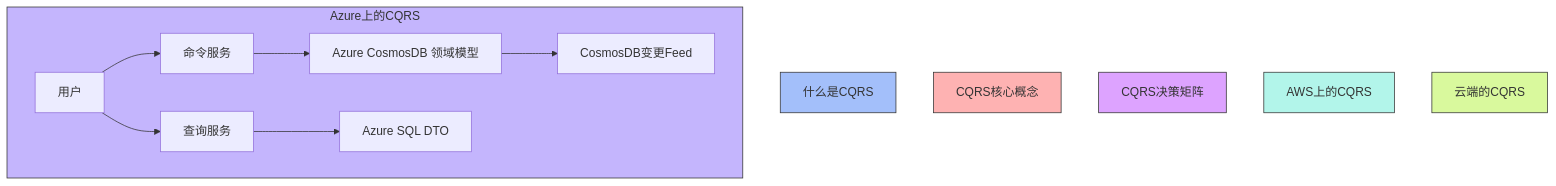
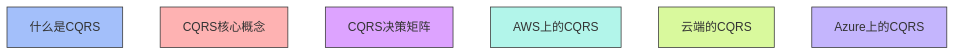
The seventh of 7 diagrams in System Design/用于描述命令查询职责分离 (CQRS) 的关键概念.md (uwspstar/20-Day-Challenge-List), drawn with Mermaid before and after one commit.

Commit message:
Update 用于描述命令查询职责分离 (CQRS) 的关键概念.md

````diff
--- a/System Design/用于描述命令查询职责分离 (CQRS) 的关键概念.md
+++ b/System Design/用于描述命令查询职责分离 (CQRS) 的关键概念.md
@@ -59,18 +70,10 @@
 ```mermaid
 graph TD
-    subgraph Azure上的CQRS[Azure上的CQRS]
-        用户Azure[用户] --> 命令服务Azure[命令服务]
-        命令服务Azure --> CosmosDB[Azure CosmosDB 领域模型]
-        CosmosDB --> 变更Feed[CosmosDB变更Feed]
-        查询服务Azure[查询服务] --> SQLAzure[Azure SQL DTO]
-        用户Azure --> 查询服务Azure
-    end
-
     style 什么是CQRS fill:#A3BFFA,stroke:#333,stroke-width:1px;
     style CQRS核心概念 fill:#FEB2B2,stroke:#333,stroke-width:1px;
     style CQRS决策矩阵 fill:#DDA3FF,stroke:#333,stroke-width:1px;
     style AWS上的CQRS fill:#B2F5EA,stroke:#333,stroke-width:1px;
     style 云端的CQRS fill:#D9F99D,stroke:#333,stroke-width:1px;
     style Azure上的CQRS fill:#C4B5FD,stroke:#333,stroke-width:1px;
 
 ```
````
